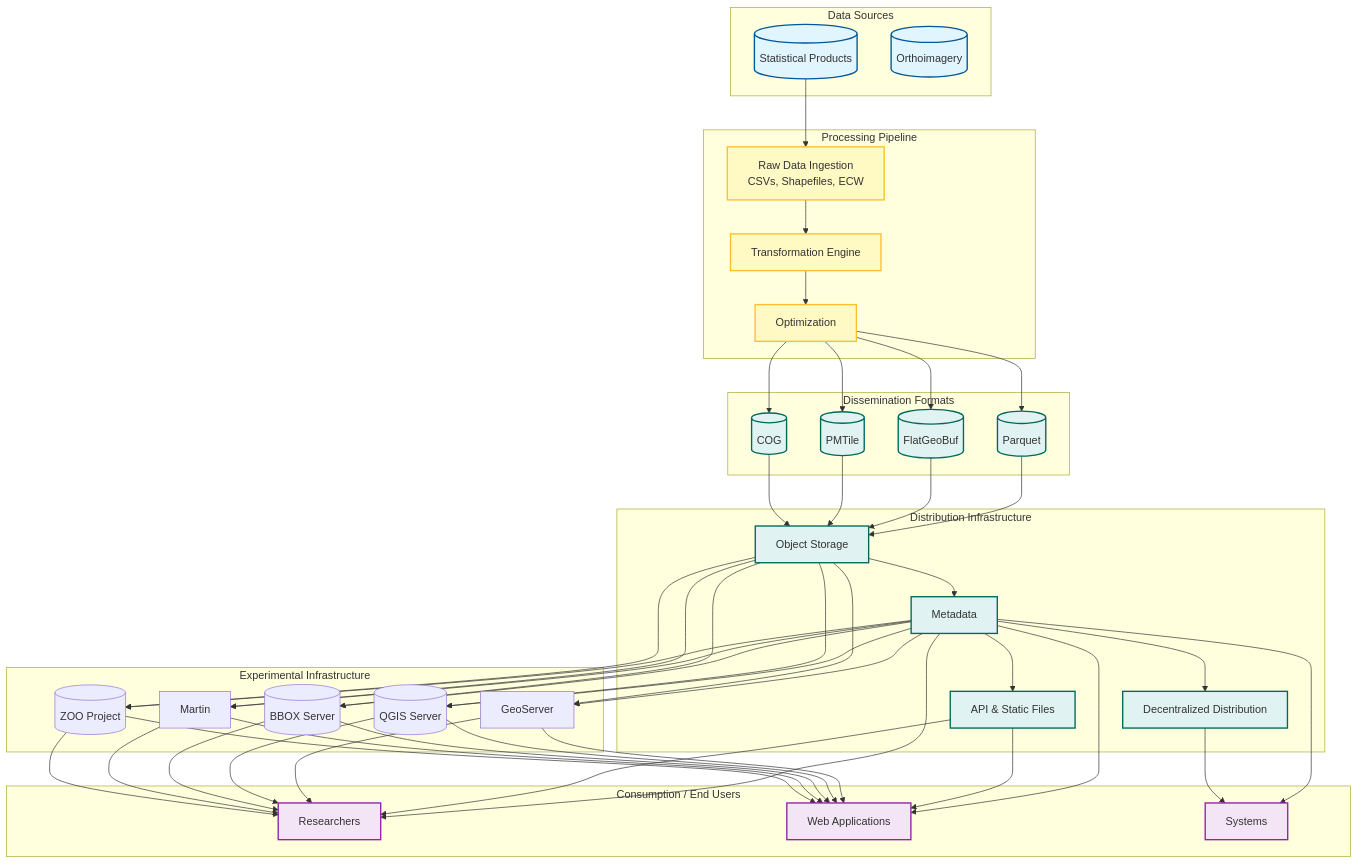
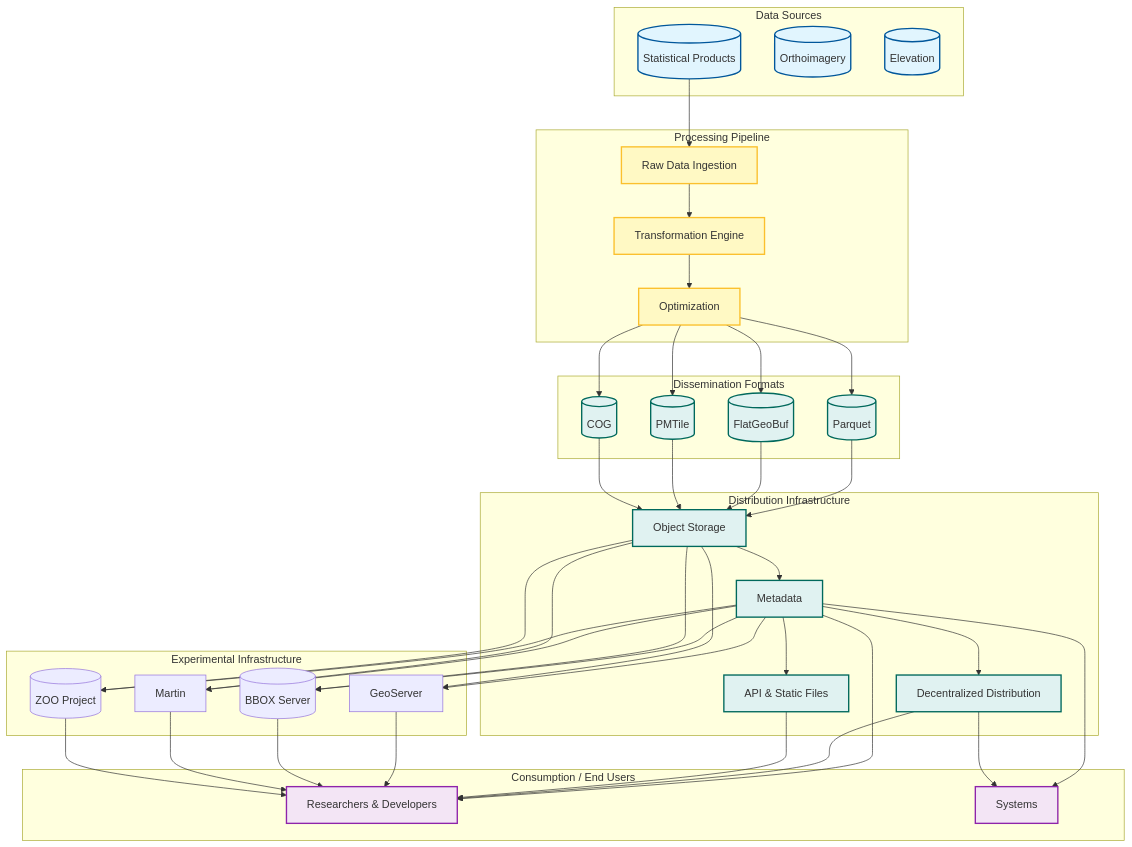
Before and after one commit to dataforcanada/www.dataforcanada.org: the diagram in content/_index.md, drawn with Mermaid. The commit also changed other lines of this file, not shown here.

Commit message:
Update high-level overview in homepage. Simplified it

```diff
--- a/content/_index.md
+++ b/content/_index.md
@@ -31,10 +31,11 @@
     subgraph "Data Sources"
         StatProducts[("Statistical Products")]:::source
         Orthoimagery[("Orthoimagery")]:::source
+        Elevation[("Elevation")]:::source
     end
 
     subgraph "Processing Pipeline"
-        Raw[Raw Data Ingestion<br/>CSVs, Shapefiles, ECW]:::process
+        Raw[Raw Data Ingestion]:::process
         Transform[Transformation Engine]:::process
         Opt[Optimization]:::process
     end
@@ -55,15 +56,13 @@
 
     subgraph "Experimental Infrastructure"
         GeoServer
-        QGISServer[("QGIS Server")]
         Martin
         ZOOProject[("ZOO Project")]
         BBOXServer[("BBOX Server")]
     end
 
     subgraph "Consumption / End Users"
-        DataSci[Researchers]:::consumer
-        WebApps[Web Applications]:::consumer
+        DataSci["Researchers & Developers"]:::consumer
         Systems[Systems]:::consumer
     end
 
@@ -83,30 +82,20 @@
     Metadata --> DecentralizedDistribution
     Metadata --> Serverless
     Metadata --> GeoServer
-    Metadata --> QGISServer
     Metadata --> BBOXServer
     Metadata --> Martin
     Metadata --> ZOOProject
     Metadata --> DataSci
-    Metadata --> WebApps
     Metadata --> Systems
     DecentralizedDistribution --> Systems
-    Serverless --> WebApps
+    DecentralizedDistribution --> DataSci
     Serverless --> DataSci
     ObjectStorage --> GeoServer
-    ObjectStorage --> QGISServer
     ObjectStorage --> BBOXServer
     ObjectStorage --> Martin
     ObjectStorage --> ZOOProject
 
-    GeoServer --> WebApps
-    QGISServer --> WebApps
-    BBOXServer --> WebApps
-    Martin --> WebApps
-    ZOOProject --> WebApps
-
     GeoServer --> DataSci
-    QGISServer --> DataSci
     BBOXServer --> DataSci
     Martin --> DataSci
     ZOOProject --> DataSci
```
